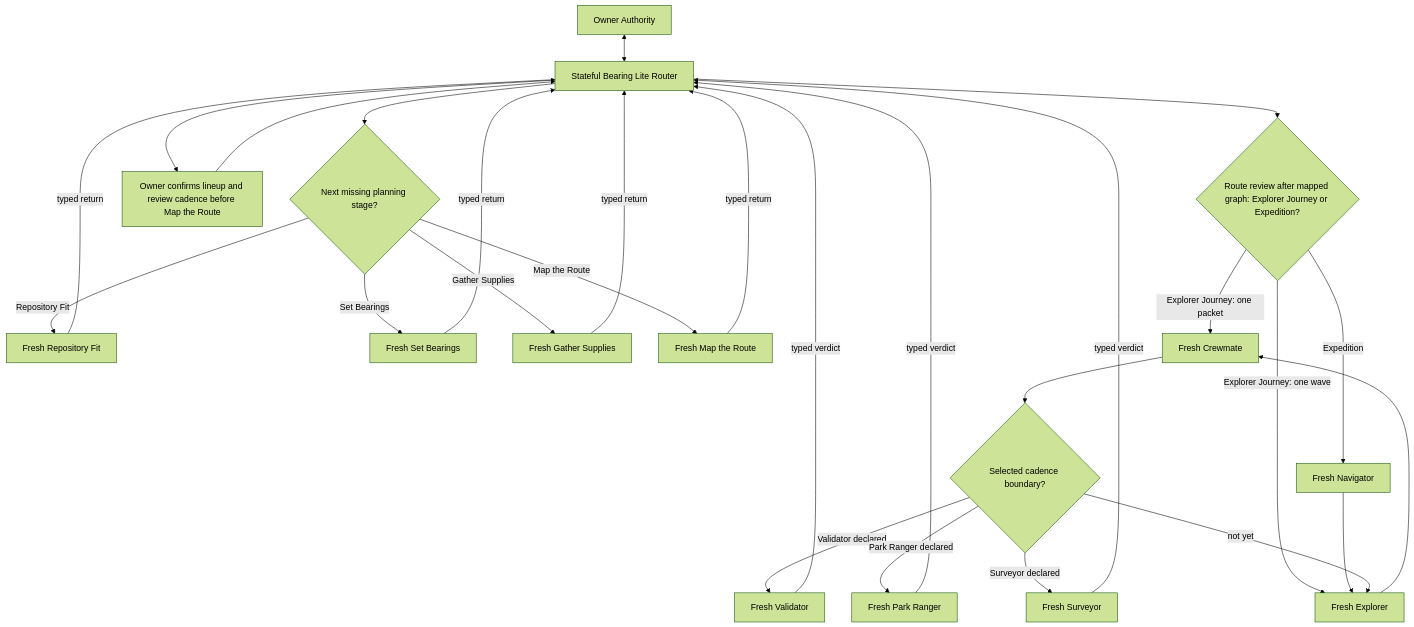
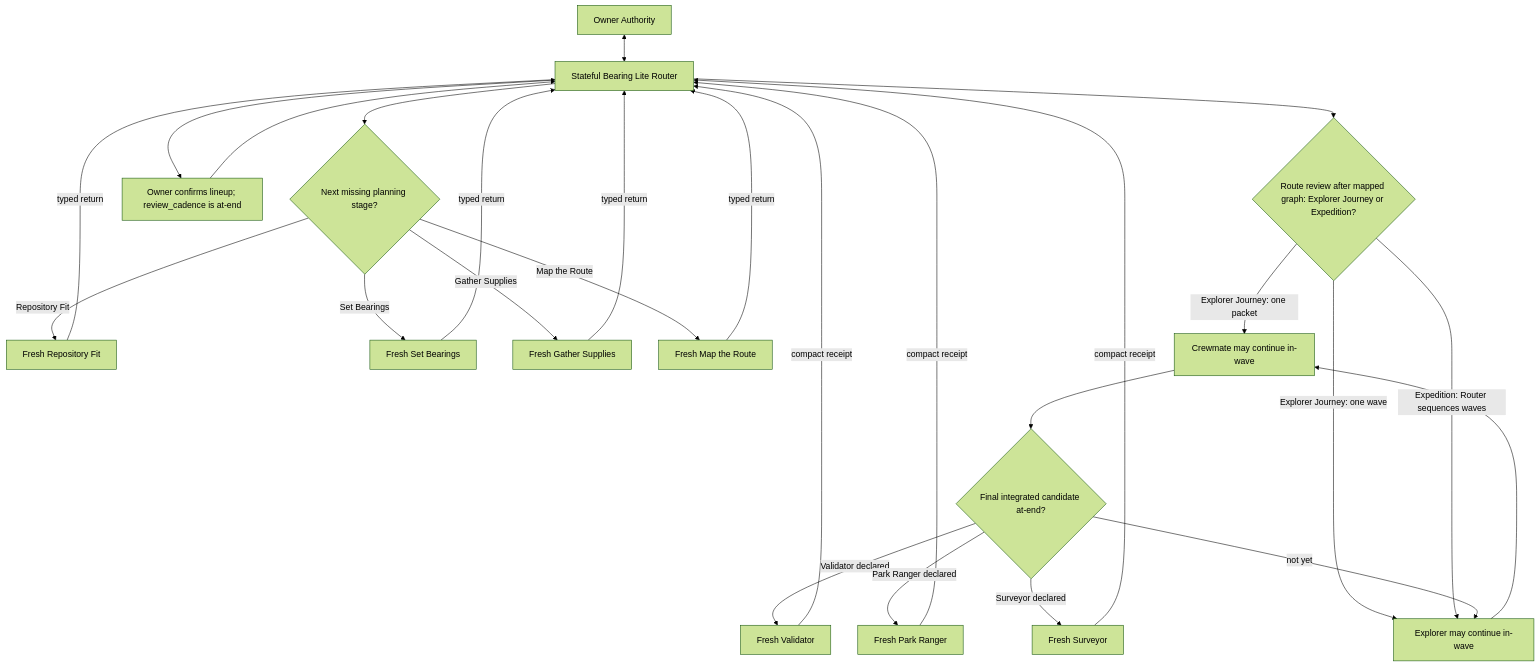
Before and after one commit to alphazede/bearing: the diagram in skills/bearing-lite/references/role-routing.mmd, drawn with Mermaid (forest theme). The commit also changed 25 other files, not shown here.

First line of the commit message:
feat: merge Navigator into Router and cut wave overhead

```diff
--- a/skills/bearing-lite/references/role-routing.mmd
+++ b/skills/bearing-lite/references/role-routing.mmd
@@ -1,22 +1,21 @@
 flowchart TD
     O[Owner Authority] <--> R[Stateful Bearing Lite Router]
     R --> P{Next missing planning stage?}
     P -->|Repository Fit| PF[Fresh Repository Fit]
     P -->|Set Bearings| SB[Fresh Set Bearings]
     P -->|Gather Supplies| GS[Fresh Gather Supplies]
     P -->|Map the Route| MR[Fresh Map the Route]
     PF & SB & GS & MR -->|typed return| R
-    R --> L[Owner confirms lineup and review cadence before Map the Route]
+    R --> L[Owner confirms lineup; review_cadence is at-end]
     L --> R
     R --> J{Route review after mapped graph: Explorer Journey or Expedition?}
-    J -->|Explorer Journey: one packet| C[Fresh Crewmate]
-    J -->|Explorer Journey: one wave| E[Fresh Explorer]
-    J -->|Expedition| N[Fresh Navigator]
-    N --> E
+    J -->|Explorer Journey: one packet| C[Crewmate may continue in-wave]
+    J -->|Explorer Journey: one wave| E[Explorer may continue in-wave]
+    J -->|Expedition: Router sequences waves| E
     E --> C
-    C --> A{Selected cadence boundary?}
+    C --> A{Final integrated candidate at-end?}
     A -->|Validator declared| V[Fresh Validator]
     A -->|Park Ranger declared| PK[Fresh Park Ranger]
     A -->|Surveyor declared| S[Fresh Surveyor]
     A -->|not yet| E
-    V & PK & S -->|typed verdict| R
+    V & PK & S -->|compact receipt| R
```
